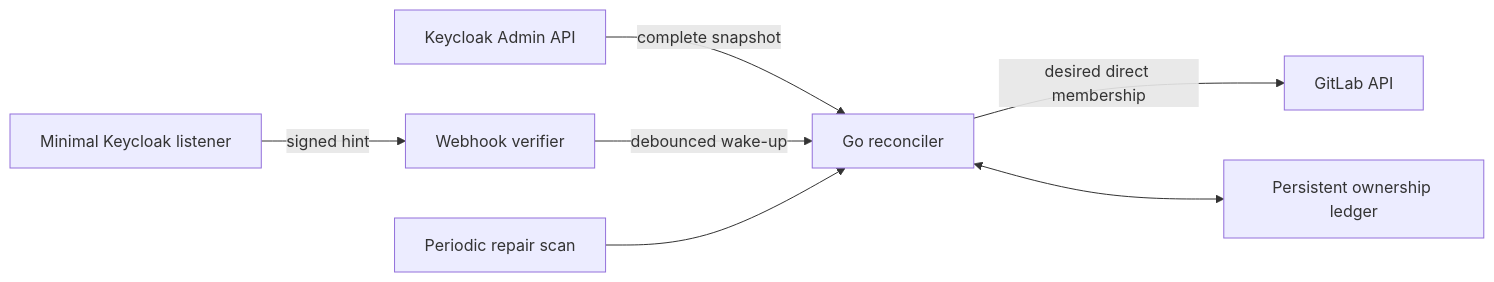
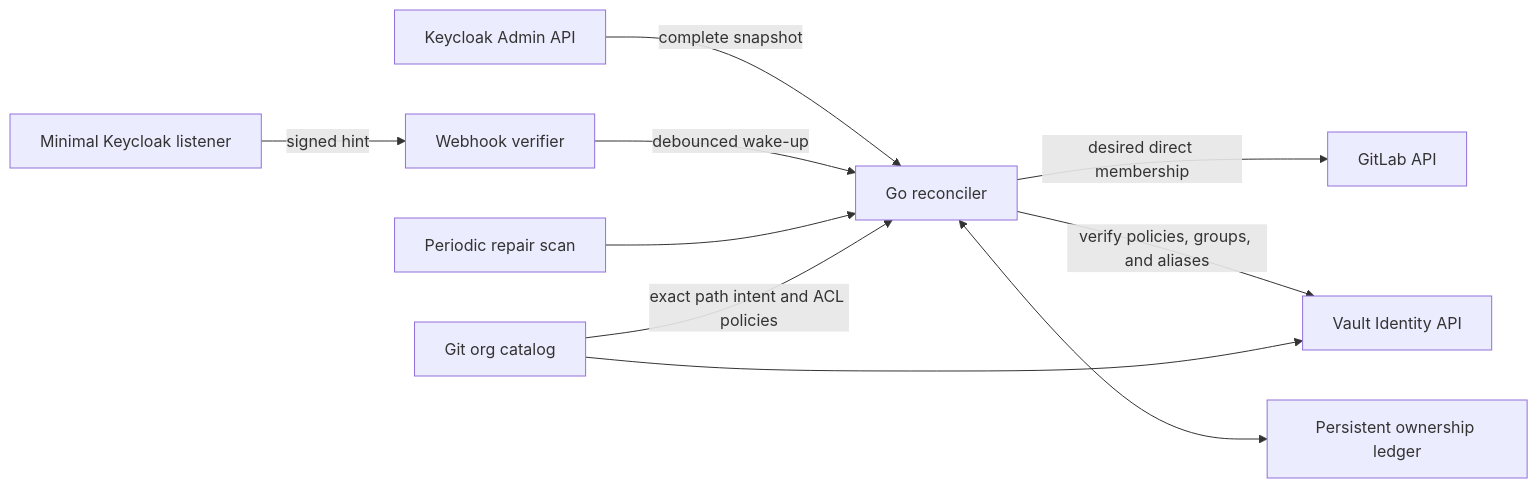
The diagram in docs/architecture.md (enel1221/GroupBridge), drawn with Mermaid before and after one commit. The commit also changed other lines of this file and 20 other files, not shown here.

Commit message:
feat: add GitOps-owned Vault organization access

````diff
--- a/docs/architecture.md
+++ b/docs/architecture.md
@@ -7,9 +7,12 @@
 ```mermaid
 flowchart LR
   KC["Keycloak Admin API"] -->|"complete snapshot"| R["Go reconciler"]
   SPI["Minimal Keycloak listener"] -->|"signed hint"| WH["Webhook verifier"]
   WH -->|"debounced wake-up"| R
   TIMER["Periodic repair scan"] --> R
   R -->|"desired direct membership"| GL["GitLab API"]
+  R -->|"verify policies, groups, and aliases"| VAULT["Vault Identity API"]
+  GIT["Git org catalog"] -->|"exact path intent and ACL policies"| R
+  GIT --> VAULT
   R <--> LEDGER["Persistent ownership ledger"]
 ```
````
